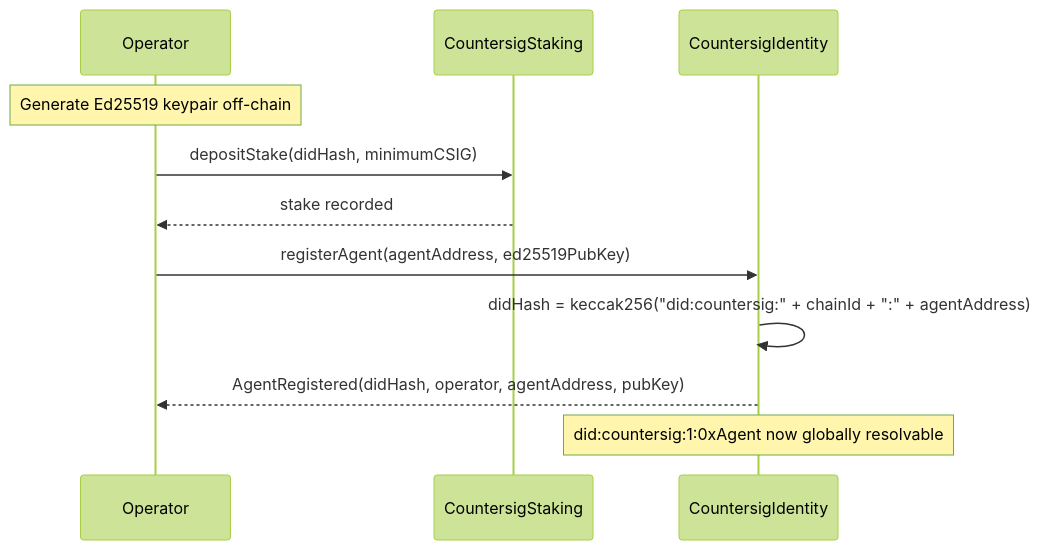
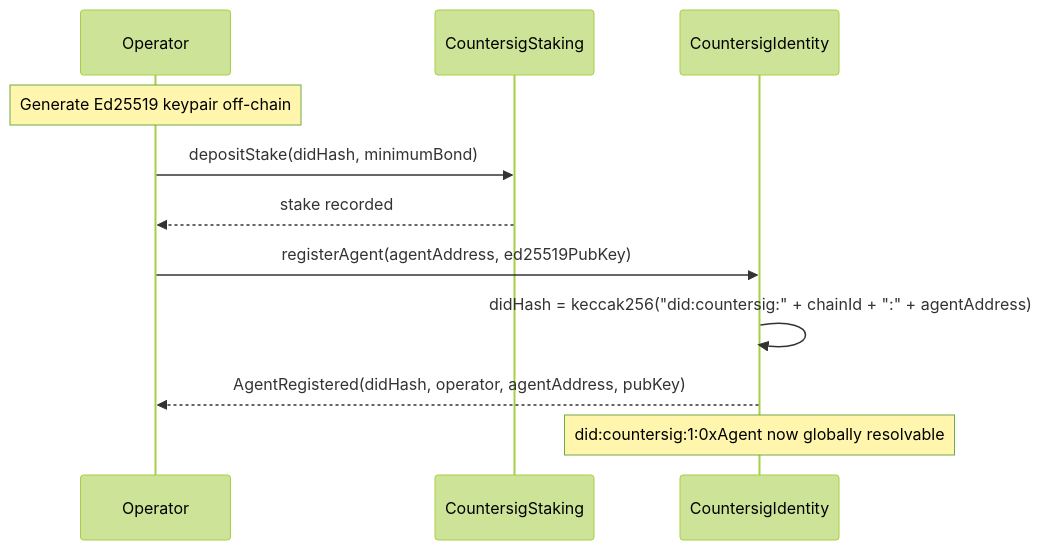
Before and after one commit to RunTimeAdmin/countersig-network: the fourth of 6 diagrams in README.md, drawn with Mermaid (forest theme). The commit also changed other lines of this file, not shown here.

````diff
--- a/README.md
+++ b/README.md
@@ -207,14 +207,14 @@
 ```mermaid
 sequenceDiagram
     participant Op as Operator
     participant ST as CountersigStaking
     participant ID as CountersigIdentity
 
     Note over Op: Generate Ed25519 keypair off-chain
-    Op->>ST: depositStake(didHash, minimumCSIG)
+    Op->>ST: depositStake(didHash, minimumBond)
     ST-->>Op: stake recorded
     Op->>ID: registerAgent(agentAddress, ed25519PubKey)
     ID->>ID: didHash = keccak256("did:countersig:" + chainId + ":" + agentAddress)
     ID-->>Op: AgentRegistered(didHash, operator, agentAddress, pubKey)
     Note over ID: did:countersig:1:0xAgent now globally resolvable
 ```
````
